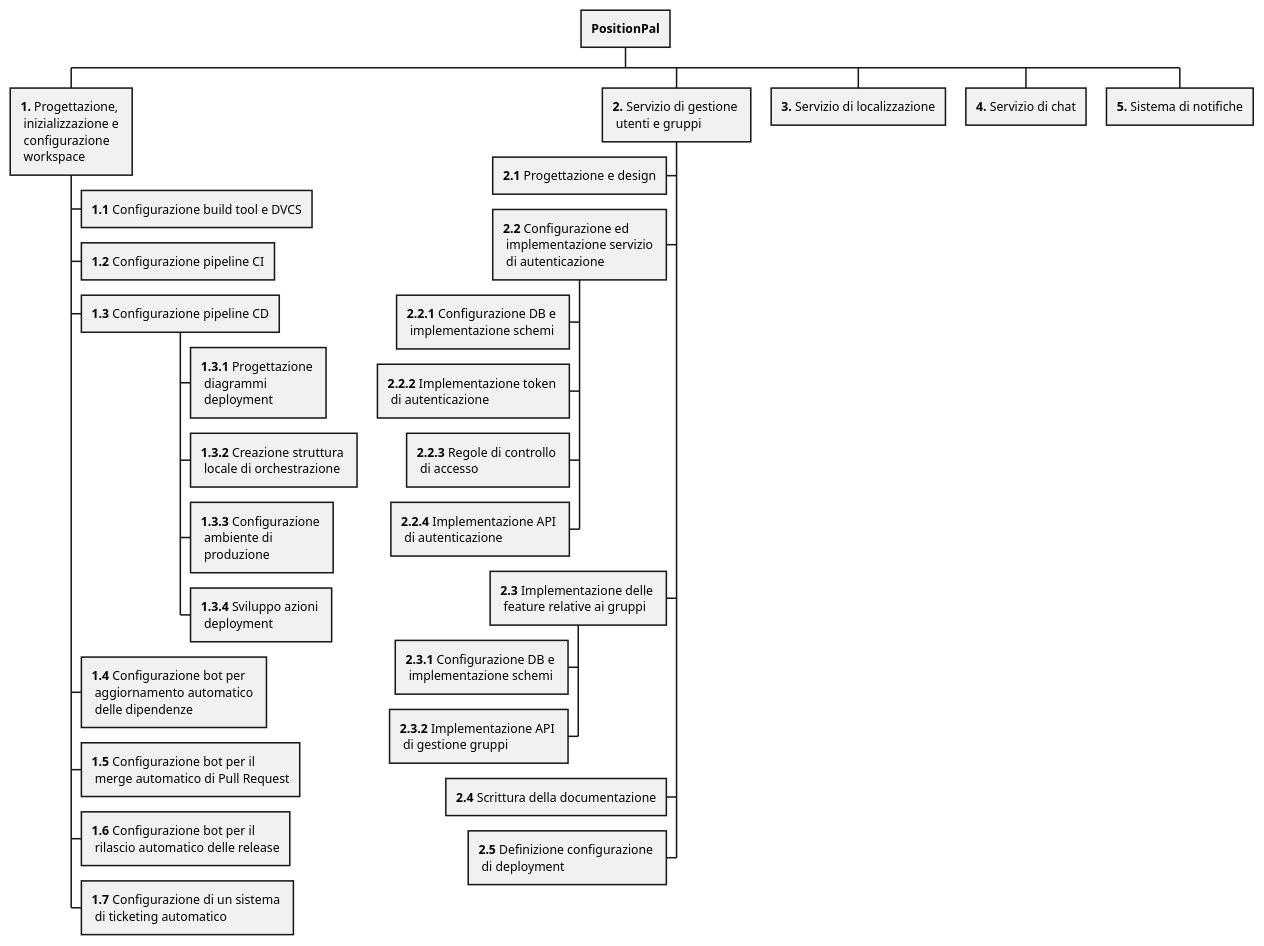
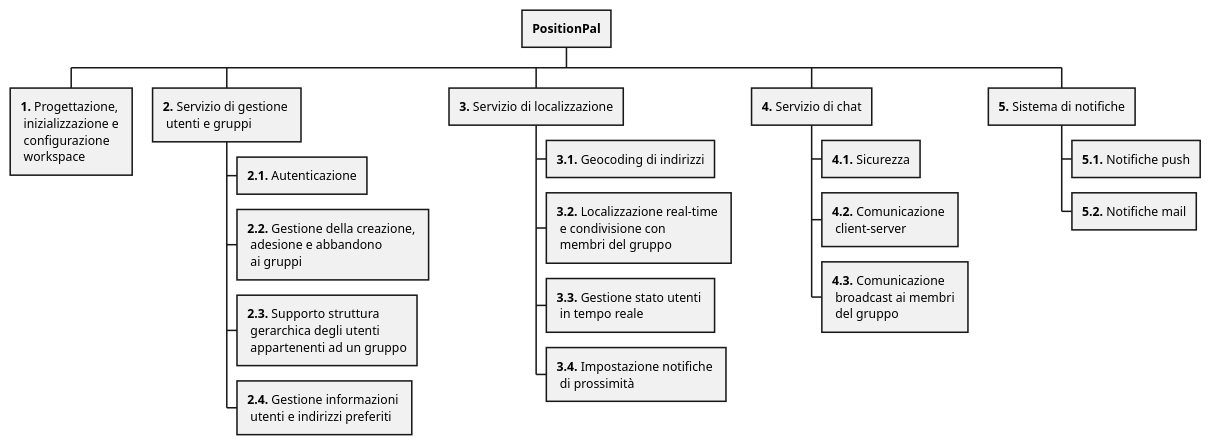
The diagram in _attachments/2-rbs.md (position-pal/PM-report), drawn with PlantUML before and after one commit. The commit also changed other lines of this file and 3 other files, not shown here.

````diff
--- a/_attachments/2-rbs.md
+++ b/_attachments/2-rbs.md
@@ -20,38 +39,29 @@
 ```plantuml
-@startwbs wbs
+@startwbs rbs
 
 + **PositionPal**
 
 ++ **1.** Progettazione, \n inizializzazione e \n configurazione \n workspace
-+++ **1.1** Configurazione build tool e DVCS
-+++ **1.2** Configurazione pipeline CI
-+++ **1.3** Configurazione pipeline CD
-++++ **1.3.1** Progettazione \n diagrammi \n deployment
-++++ **1.3.2** Creazione struttura \n locale di orchestrazione
-++++ **1.3.3** Configurazione \n ambiente di \n produzione
-++++ **1.3.4** Sviluppo azioni \n deployment
-+++ **1.4** Configurazione bot per \n aggiornamento automatico \n delle dipendenze
-+++ **1.5** Configurazione bot per il \n merge automatico di Pull Request
-+++ **1.6** Configurazione bot per il \n rilascio automatico delle release
-+++ **1.7** Configurazione di un sistema \n di ticketing automatico
 
 ++ **2.** Servizio di gestione \n utenti e gruppi
-++- **2.1** Progettazione e design
-++- **2.2** Configurazione ed \n implementazione servizio \n di autenticazione
-++-- **2.2.1** Configurazione DB e \n implementazione schemi
-++-- **2.2.2** Implementazione token \n di autenticazione
-++-- **2.2.3** Regole di controllo \n di accesso
-++-- **2.2.4** Implementazione API \n di autenticazione
-++- **2.3** Implementazione delle \n feature relative ai gruppi
-++-- **2.3.1** Configurazione DB e \n implementazione schemi
-++-- **2.3.2** Implementazione API \n di gestione gruppi
-++- **2.4** Scrittura della documentazione
-++- **2.5** Definizione configurazione \n di deployment
++++ **2.1.** Autenticazione
++++ **2.2.** Gestione della creazione, \n adesione e abbandono \n ai gruppi
++++ **2.3.** Supporto struttura \n gerarchica degli utenti \n appartenenti ad un gruppo
++++ **2.4.** Gestione informazioni \n utenti e indirizzi preferiti
 
 ++ **3.** Servizio di localizzazione
++++ **3.1.** Geocoding di indirizzi
++++ **3.2.** Localizzazione real-time \n e condivisione con \n membri del gruppo
++++ **3.3.** Gestione stato utenti \n in tempo reale
++++ **3.4.** Impostazione notifiche \n di prossimità
 
 ++ **4.** Servizio di chat
++++ **4.1.** Sicurezza
++++ **4.2.** Comunicazione \n client-server
++++ **4.3.** Comunicazione \n broadcast ai membri \n del gruppo
 
 ++ **5.** Sistema di notifiche
++++ **5.1.** Notifiche push
++++ **5.2.** Notifiche mail
 @endwbs
 ```
````
